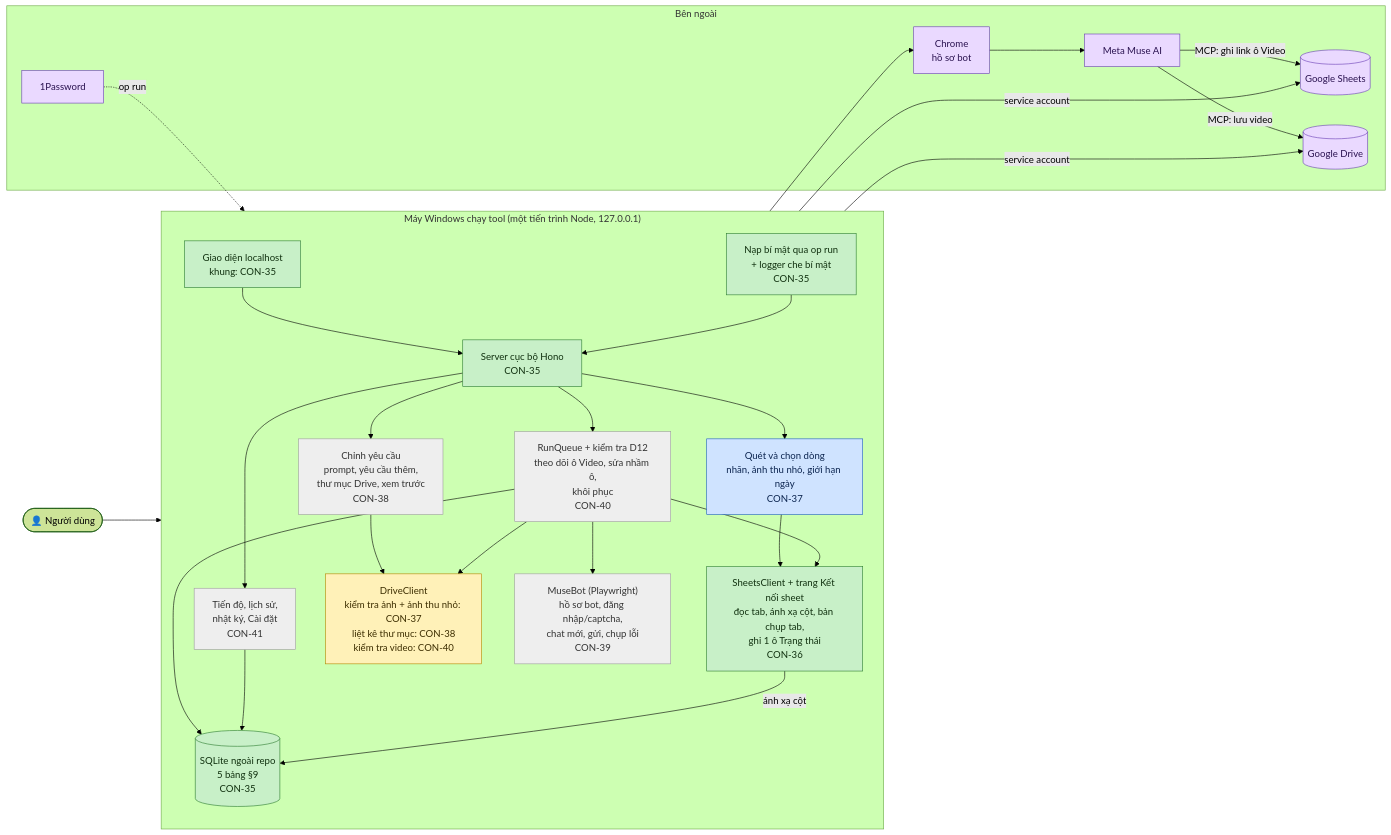
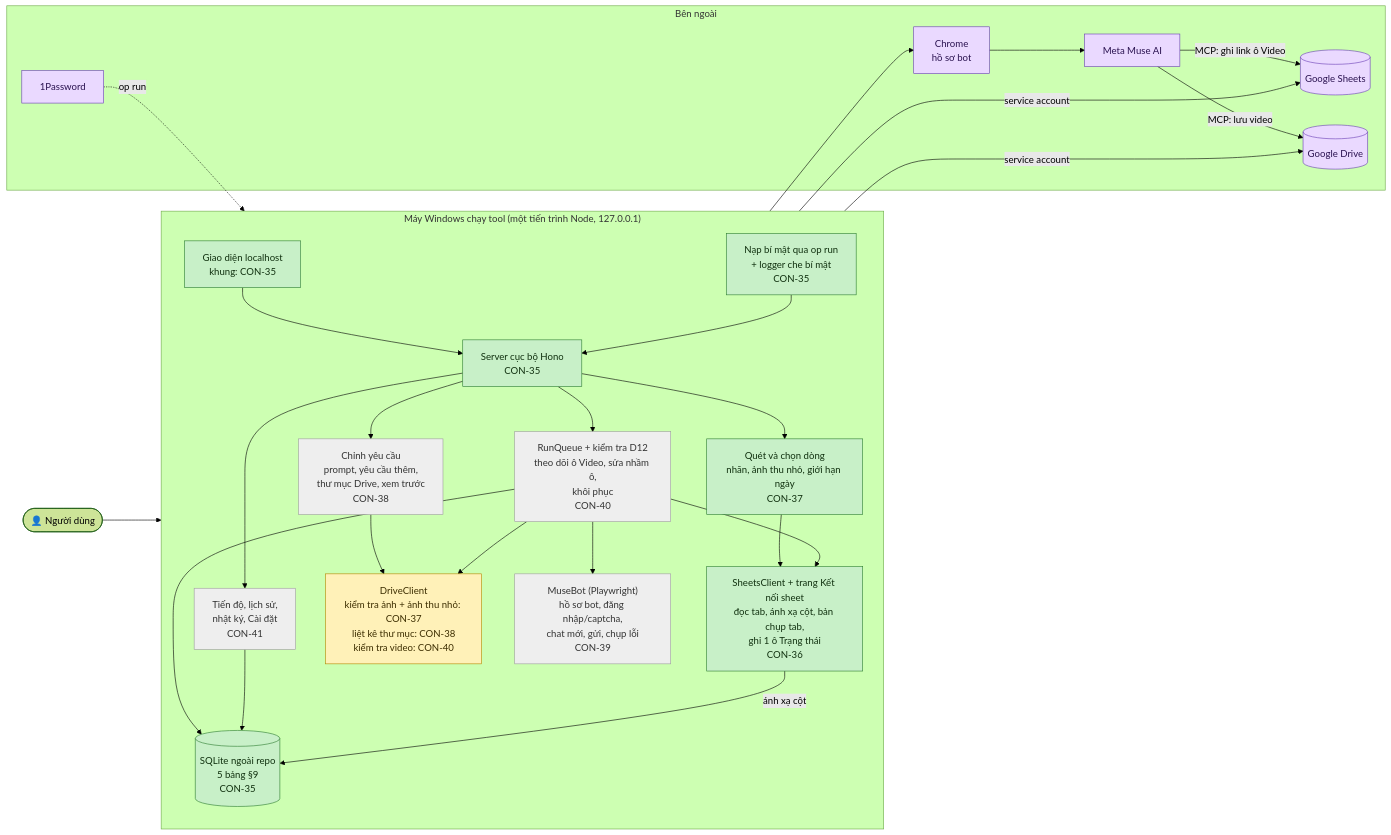
The diagram in TIEN-DO.md (Bach1711/MASYS-VIDEO-GENERATOR), drawn with Mermaid (forest theme) before and after one commit. The commit also changed other lines of this file and 1 other file, not shown here.

````diff
--- a/TIEN-DO.md
+++ b/TIEN-DO.md
@@ -17,56 +17,55 @@
 ```mermaid
 flowchart LR
     user(["👤 Người dùng"])
 
     subgraph PC["Máy Windows chạy tool (một tiến trình Node, 127.0.0.1)"]
         direction TB
         ui["Giao diện localhost<br/>khung: CON-35"]
         server["Server cục bộ Hono<br/>CON-35"]
         secrets["Nạp bí mật qua op run<br/>+ logger che bí mật<br/>CON-35"]
         db[("SQLite ngoài repo<br/>5 bảng §9<br/>CON-35")]
 
         sheet["SheetsClient + trang Kết nối sheet<br/>đọc tab, ánh xạ cột, bản chụp tab,<br/>ghi 1 ô Trạng thái<br/>CON-36"]
         scan["Quét và chọn dòng<br/>nhãn, ảnh thu nhỏ, giới hạn ngày<br/>CON-37"]
         editor["Chỉnh yêu cầu<br/>prompt, yêu cầu thêm,<br/>thư mục Drive, xem trước<br/>CON-38"]
         bot["MuseBot (Playwright)<br/>hồ sơ bot, đăng nhập/captcha,<br/>chat mới, gửi, chụp lỗi<br/>CON-39"]
         queue["RunQueue + kiểm tra D12<br/>theo dõi ô Video, sửa nhầm ô,<br/>khôi phục<br/>CON-40"]
         drive["DriveClient<br/>kiểm tra ảnh + ảnh thu nhỏ: CON-37<br/>liệt kê thư mục: CON-38<br/>kiểm tra video: CON-40"]
         progress["Tiến độ, lịch sử,<br/>nhật ký, Cài đặt<br/>CON-41"]
     end
 
     subgraph EXT["Bên ngoài"]
         gsheets[("Google Sheets")]
         gdrive[("Google Drive")]
         chrome["Chrome<br/>hồ sơ bot"]
         muse["Meta Muse AI"]
         op["1Password"]
     end
 
     user --> ui --> server
     server --> scan & editor & progress
     scan --> sheet
     editor --> drive
     server --> queue
     queue --> sheet & drive & bot
     queue --> db
     progress --> db
     sheet -- "ánh xạ cột" --> db
     sheet -- "service account" --> gsheets
     drive -- "service account" --> gdrive
     bot --> chrome --> muse
     muse -- "MCP: lưu video" --> gdrive
     muse -- "MCP: ghi link ô Video" --> gsheets
     op -. "op run" .-> secrets --> server
 
     classDef done fill:#c8f0c8,stroke:#2e7d32,color:#10300f
     classDef review fill:#cfe3ff,stroke:#1f5fbf,color:#0c2550
     classDef doing fill:#fff1b8,stroke:#b38600,color:#3d2e00
     classDef todo fill:#eeeeee,stroke:#9e9e9e,color:#333333
     classDef ext fill:#ead9ff,stroke:#6a3fb5,color:#2a1250
 
-    class ui,server,secrets,db,sheet done
-    class scan review
+    class ui,server,secrets,db,sheet,scan done
     class drive doing
     class editor,bot,queue,progress todo
     class gsheets,gdrive,chrome,muse,op ext
 ```
````
